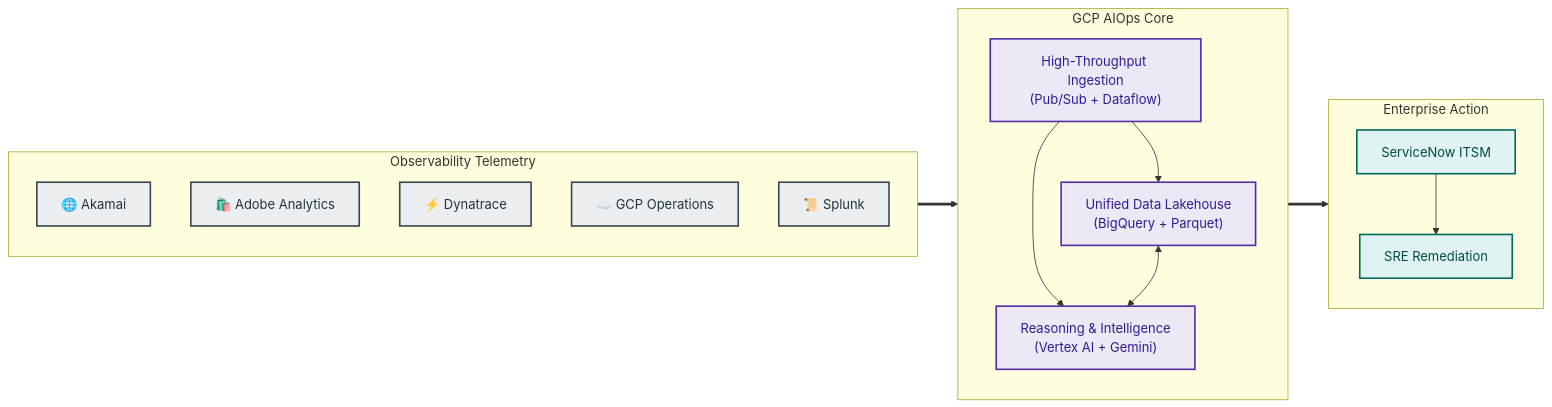
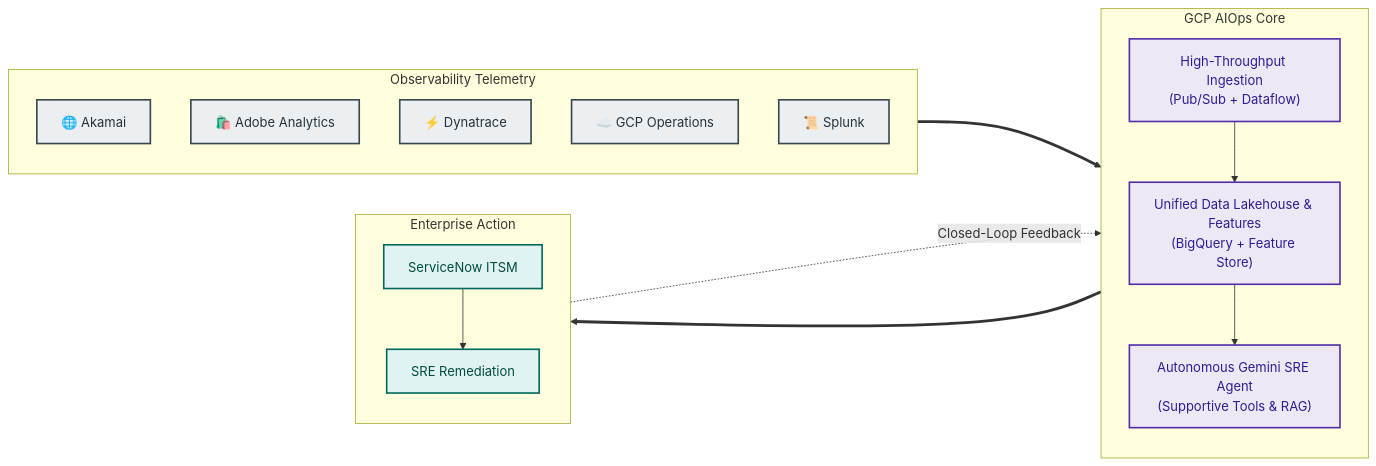
One commit to toanbui626391/aiops_architect changed the first of 2 diagrams in docs/architecture/00_overview/aiops_platform_overview.md. Above: the diagram before and after it, drawn with Mermaid. The commit also changed other lines of this file and 11 other files, not shown here.

````diff
--- a/docs/architecture/00_overview/aiops_platform_overview.md
+++ b/docs/architecture/00_overview/aiops_platform_overview.md
@@ -9,39 +9,39 @@
 ```mermaid
 flowchart LR
     subgraph Sources["Observability Telemetry"]
         direction TB
         S1["🌐 Akamai"]
         S2["🛍️ Adobe Analytics"]
         S3["⚡ Dynatrace"]
         S4["☁️ GCP Operations"]
         S5["📜 Splunk"]
     end
 
     subgraph GCP["GCP AIOps Core"]
         direction TB
         Ingest["High-Throughput Ingestion<br/>(Pub/Sub + Dataflow)"]
-        Lakehouse["Unified Data Lakehouse<br/>(BigQuery + Parquet)"]
-        AI["Reasoning & Intelligence<br/>(Vertex AI + Gemini)"]
+        Lakehouse["Unified Data Lakehouse & Features<br/>(BigQuery + Feature Store)"]
+        AI["Autonomous Gemini SRE Agent<br/>(Supportive Tools & RAG)"]
     end
 
     subgraph Action["Enterprise Action"]
         direction TB
         SNOW["ServiceNow ITSM"]
         SRE["SRE Remediation"]
     end
 
     Sources ==> Ingest
     Ingest --> Lakehouse
-    Ingest --> AI
-    Lakehouse <--> AI
+    Lakehouse --> AI
     AI ==> SNOW
     SNOW --> SRE
+    SNOW -.->|Closed-Loop Feedback| Lakehouse
 
     classDef s fill:#ECEFF1,stroke:#37474F,stroke-width:2px,color:#263238;
     classDef g fill:#EDE7F6,stroke:#512DA8,stroke-width:2px,color:#311B92;
     classDef a fill:#E0F2F1,stroke:#00695C,stroke-width:2px,color:#004D40;
 
     class S1,S2,S3,S4,S5 s;
     class Ingest,Lakehouse,AI g;
     class SNOW,SRE a;
 ```
````
